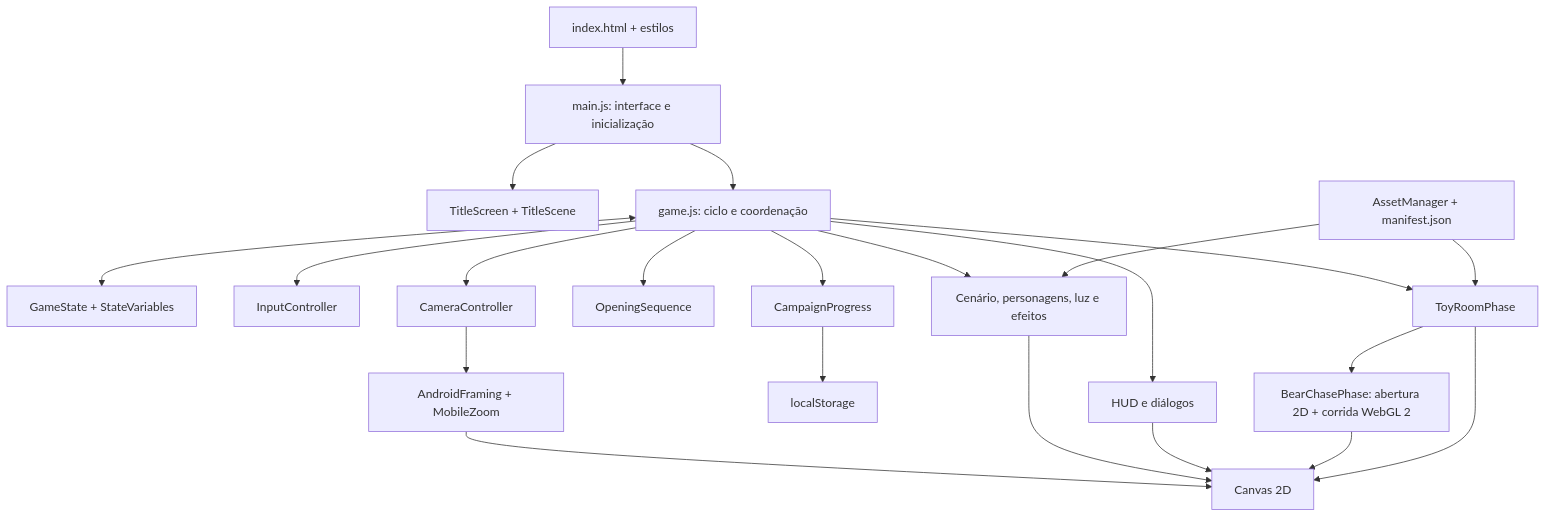
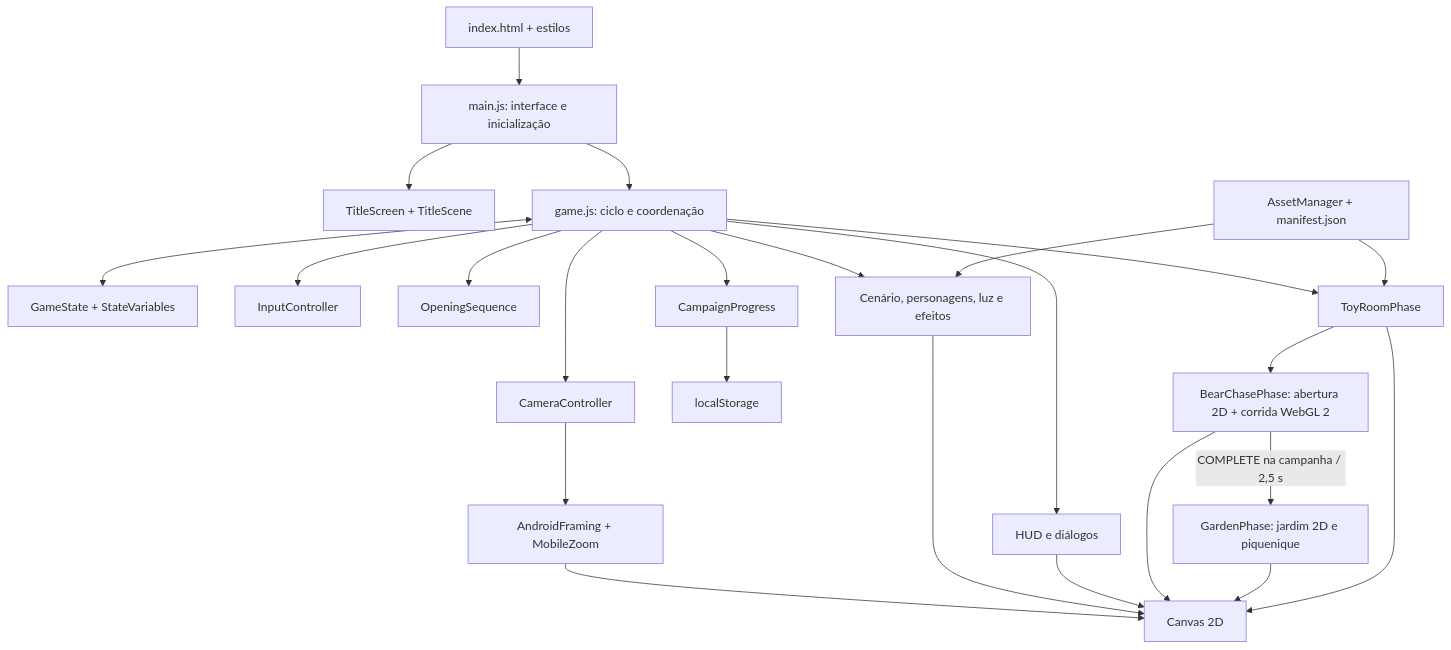
The diagram in README.md (luciussama/legendGirl), drawn with Mermaid before and after one commit. The commit also changed other lines of this file and 19 other files, not shown here.

````diff
--- a/README.md
+++ b/README.md
@@ -84,24 +89,26 @@
 ```mermaid
 flowchart TD
     HTML["index.html + estilos"] --> Main["main.js: interface e inicialização"]
     Main --> Title["TitleScreen + TitleScene"]
     Main --> Game["game.js: ciclo e coordenação"]
     Game <--> State["GameState + StateVariables"]
     Game --> Input["InputController"]
     Game --> Camera["CameraController"]
     Game --> Opening["OpeningSequence"]
     Game --> Render["Cenário, personagens, luz e efeitos"]
     Game --> UI["HUD e diálogos"]
     Game --> Toy["ToyRoomPhase"]
     Game --> Progress["CampaignProgress"]
     Progress --> Storage["localStorage"]
     Assets["AssetManager + manifest.json"] --> Render
     Assets --> Toy
     Camera --> Presentation["AndroidFraming + MobileZoom"]
     Presentation --> Canvas["Canvas 2D"]
     Render --> Canvas
     UI --> Canvas
     Toy --> Chase["BearChasePhase: abertura 2D + corrida WebGL 2"]
     Chase --> Canvas
+    Chase -->|COMPLETE na campanha / 2,5 s| Garden["GardenPhase: jardim 2D e piquenique"]
+    Garden --> Canvas
     Toy --> Canvas
 ```
````
